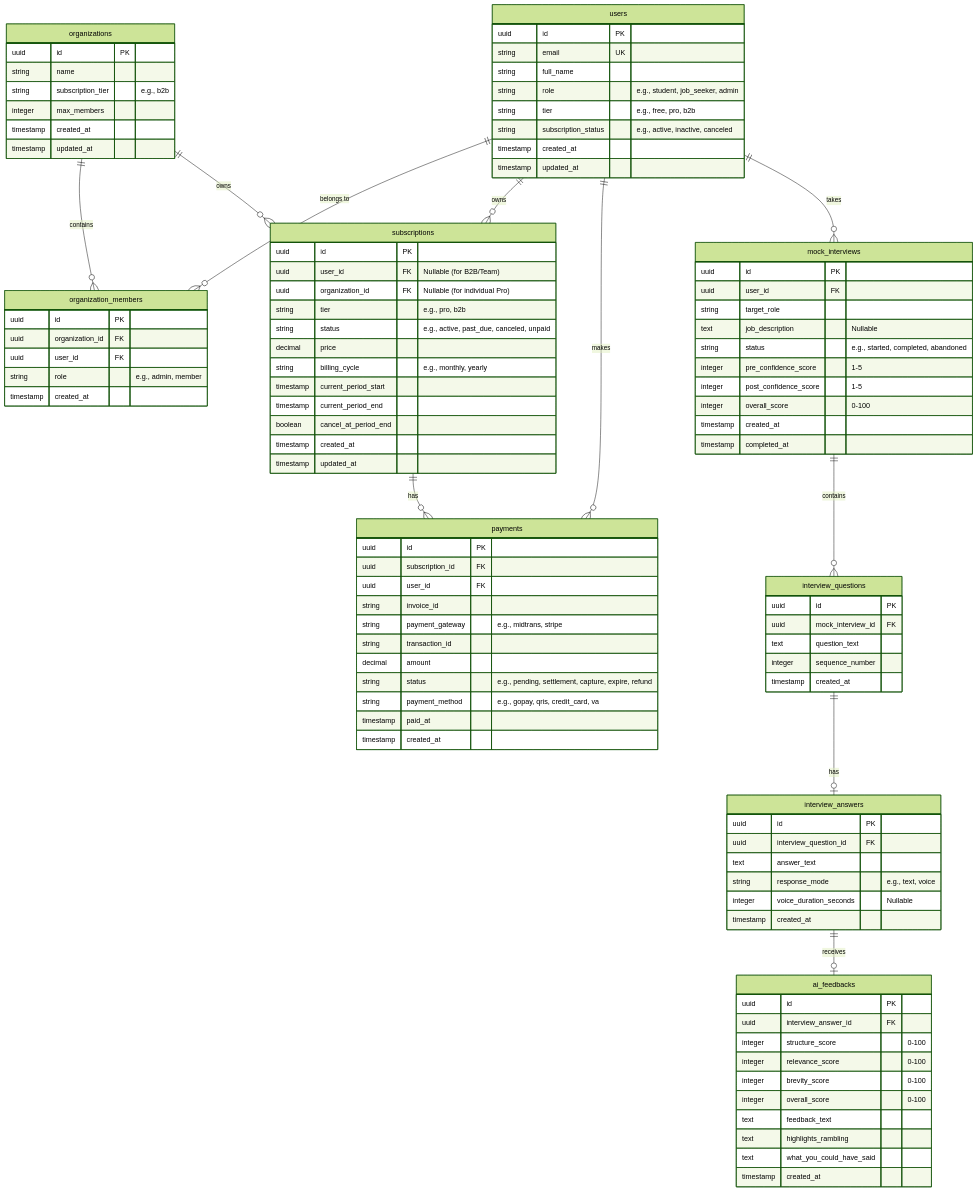
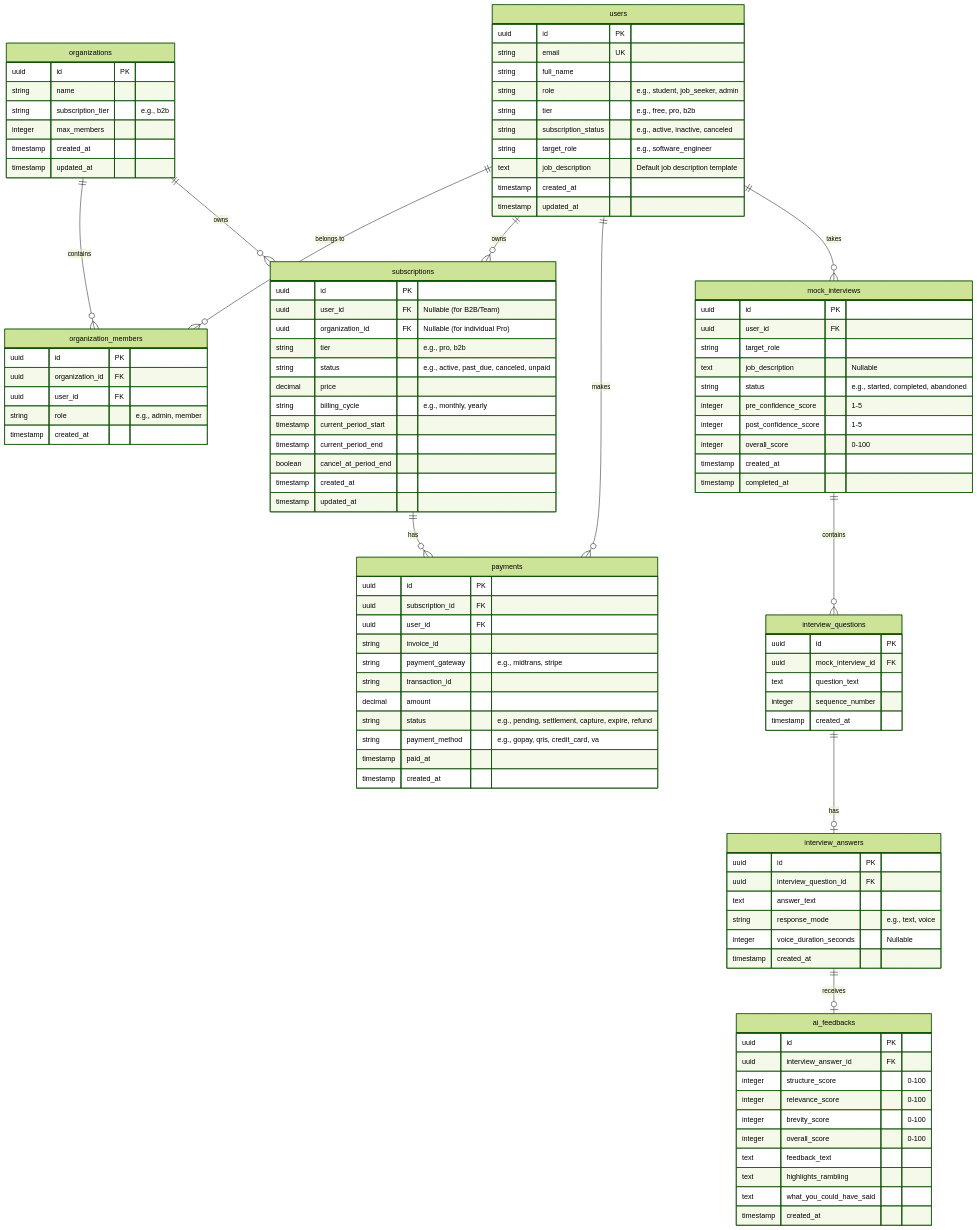
The diagram in docs/ERD.md (vickyvaf/interview-masters), drawn with Mermaid (forest theme) before and after one commit. The commit also changed 2 other files, not shown here.

Commit message:
docs: update spec, diagrams and database attributes to reflect voice focus and Mayar gateway

```diff
--- a/docs/ERD.md
+++ b/docs/ERD.md
@@ -13,6 +13,8 @@
         string role "e.g., student, job_seeker, admin"
         string tier "e.g., free, pro, b2b"
         string subscription_status "e.g., active, inactive, canceled"
+        string target_role "e.g., software_engineer"
+        text job_description "Default job description template"
         timestamp created_at
         timestamp updated_at
     }
```
